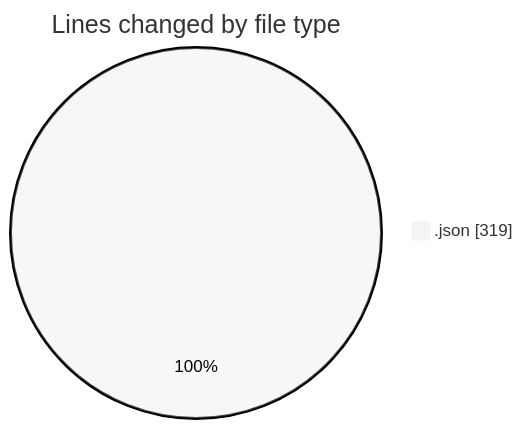
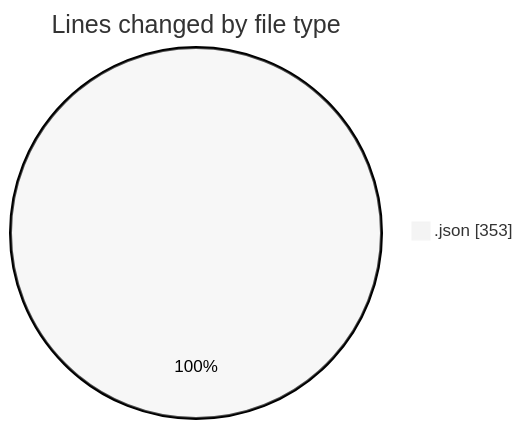
One commit to Eliamson98/code-tracking changed the first of 2 diagrams in 2025-01-09/me_i_myself_windsurf/README.md. Above: the diagram before and after it, drawn with Mermaid (neutral theme). The commit also changed other lines of this file and 1 other file, not shown here.

````diff
--- a/2025-01-09/me_i_myself_windsurf/README.md
+++ b/2025-01-09/me_i_myself_windsurf/README.md
@@ -20,5 +21,5 @@
 ```mermaid
 pie showData
 title Lines changed by file type
-".json" : 319
+".json" : 353
 ```
````
